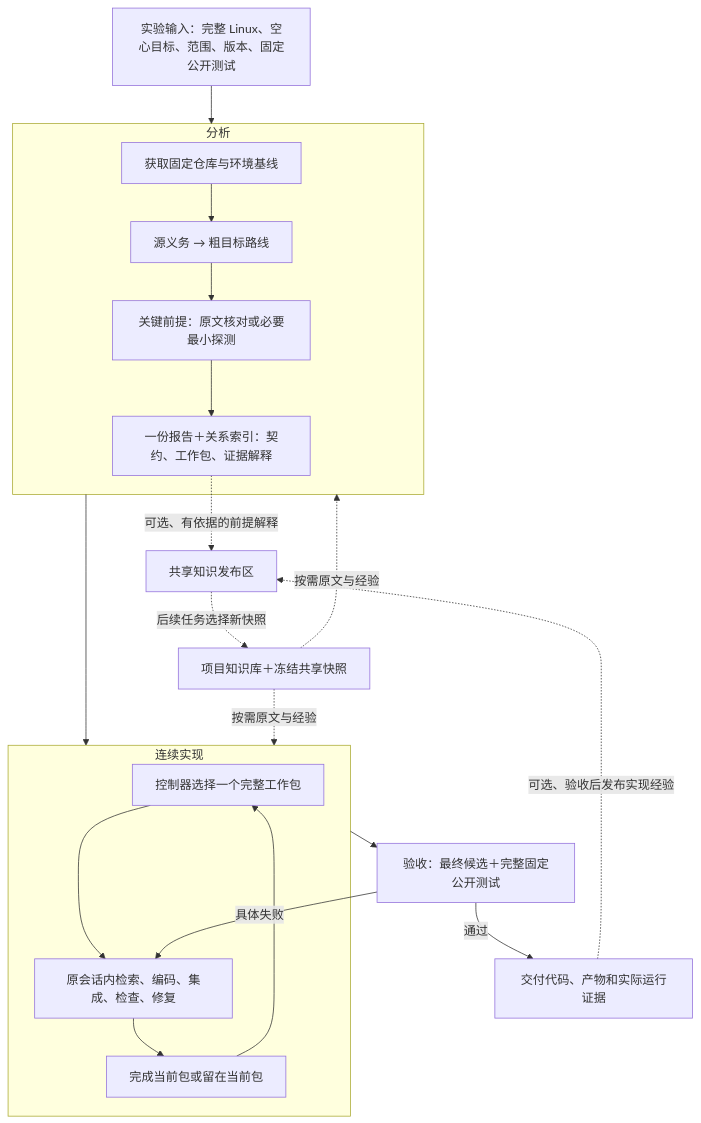
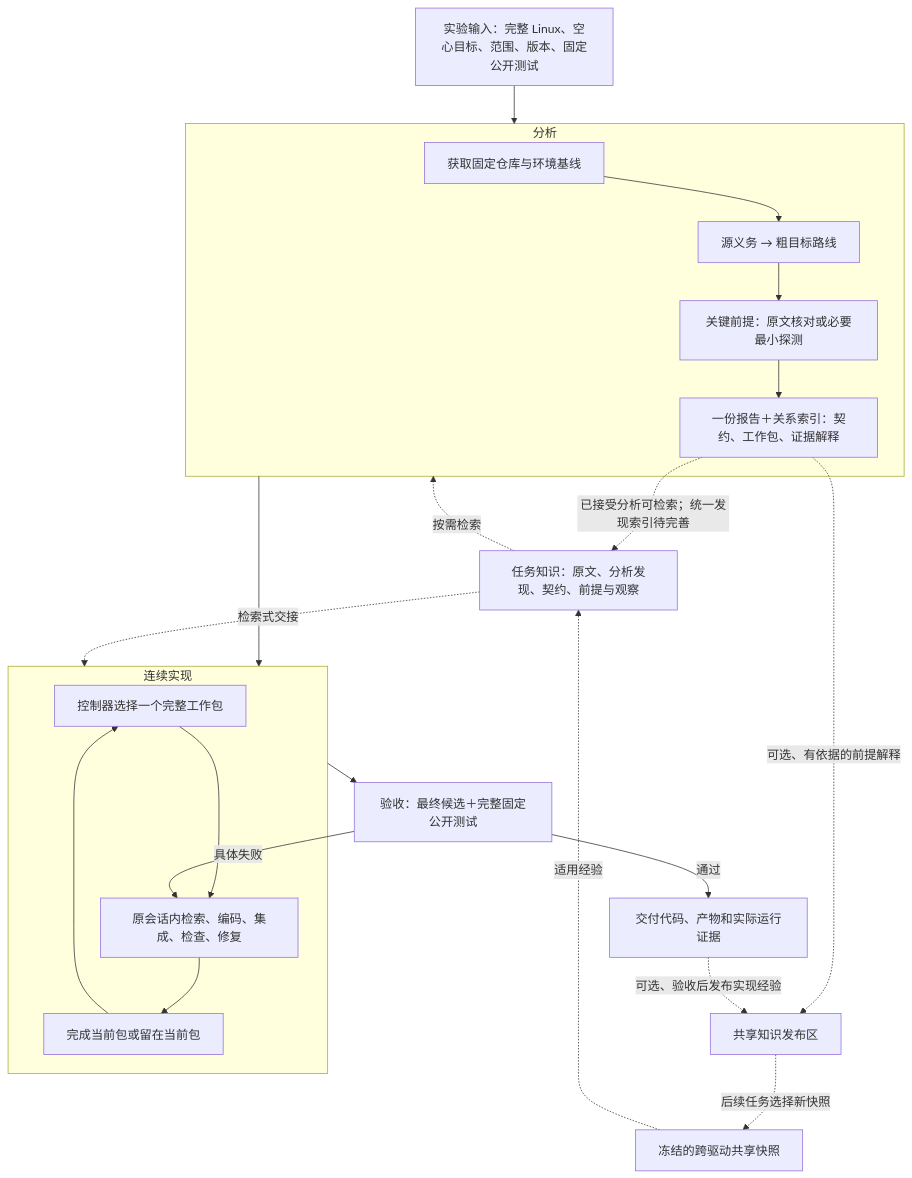
One commit to EchudeT/C2R-Driver changed the diagram in docs/research/FACTORY_RESEARCH_REPORT.zh-CN.md. Above: the diagram before and after it, drawn with Mermaid. The commit also changed other lines of this file, not shown here.

````diff
--- a/docs/research/FACTORY_RESEARCH_REPORT.zh-CN.md
+++ b/docs/research/FACTORY_RESEARCH_REPORT.zh-CN.md
@@ -60,23 +61,25 @@
 ```mermaid
 flowchart TD
     I["实验输入：完整 Linux、空心目标、范围、版本、固定公开测试"] --> A
     subgraph A["分析"]
         A1["获取固定仓库与环境基线"] --> A2["源义务 → 粗目标路线"]
         A2 --> A3["关键前提：原文核对或必要最小探测"]
         A3 --> A4["一份报告＋关系索引：契约、工作包、证据解释"]
     end
     A --> B
     subgraph B["连续实现"]
         B1["控制器选择一个完整工作包"] --> B2["原会话内检索、编码、集成、检查、修复"]
         B2 --> B3["完成当前包或留在当前包"]
         B3 --> B1
     end
     B --> C["验收：最终候选＋完整固定公开测试"]
     C -->|具体失败| B2
     C -->|通过| D["交付代码、产物和实际运行证据"]
-    K["项目知识库＋冻结共享快照"] -. 按需原文与经验 .-> A
-    K -. 按需原文与经验 .-> B
+    K["任务知识：原文、分析发现、契约、前提与观察"] -. 按需检索 .-> A
+    A4 -. 已接受分析可检索；统一发现索引待完善 .-> K
+    K -. 检索式交接 .-> B
+    S["冻结的跨驱动共享快照"] -. 适用经验 .-> K
     A4 -. 可选、有依据的前提解释 .-> L["共享知识发布区"]
     D -. 可选、验收后发布实现经验 .-> L
-    L -. 后续任务选择新快照 .-> K
+    L -. 后续任务选择新快照 .-> S
 ```
````
